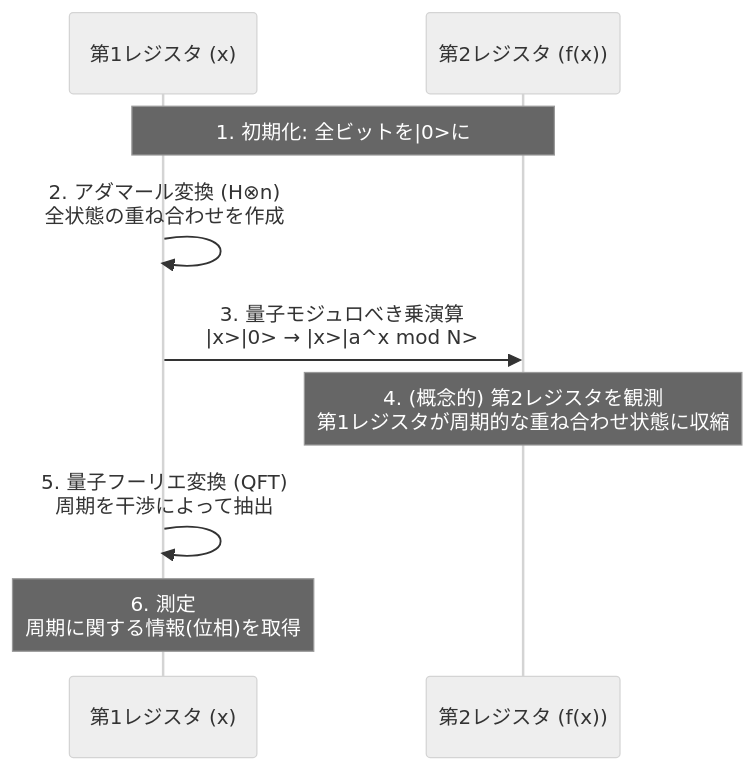
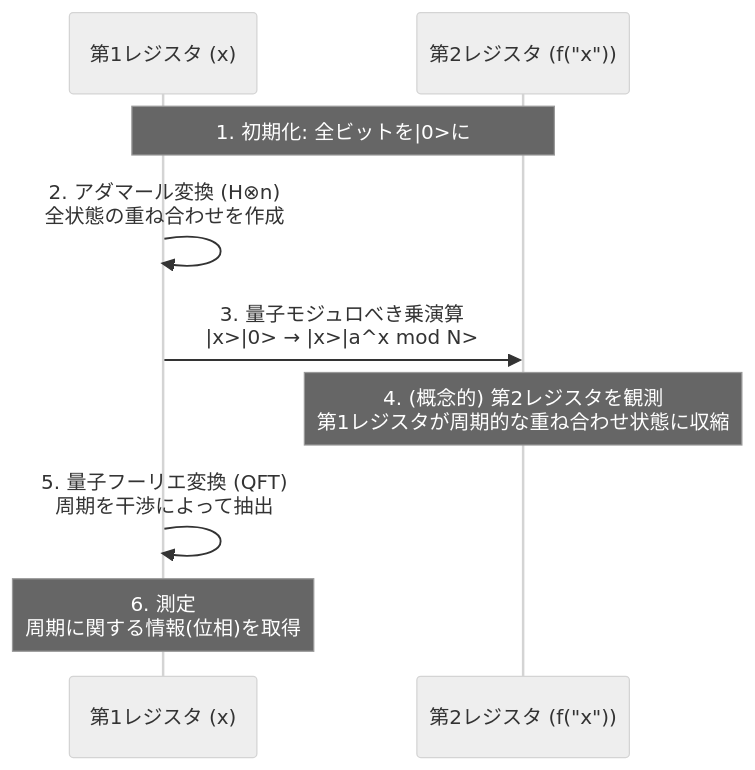
Before and after one commit to kenjinote/blog: the second of 2 diagrams in content/post/quantum-computing-shors-algorithm/index.md, drawn with Mermaid (neutral theme). The commit also changed other lines of this file and 929 other files, not shown here.

Commit message:
fix: Add double quotes to all Mermaid node texts to resolve syntax errors

````diff
--- a/content/post/quantum-computing-shors-algorithm/index.md
+++ b/content/post/quantum-computing-shors-algorithm/index.md
@@ -197,12 +197,12 @@
 ```mermaid
 sequenceDiagram
     participant Q_Reg1 as 第1レジスタ (x)
-    participant Q_Reg2 as 第2レジスタ (f(x))
+    participant Q_Reg2 as 第2レジスタ (f("x"))
     
     Note over Q_Reg1,Q_Reg2: 1. 初期化: 全ビットを|0>に
     Q_Reg1->>Q_Reg1: 2. アダマール変換 (H⊗n) <br/>全状態の重ね合わせを作成
     Q_Reg1->>Q_Reg2: 3. 量子モジュロべき乗演算 <br/> |x>|0> → |x>|a^x mod N>
     Note over Q_Reg2: 4. (概念的) 第2レジスタを観測<br/>第1レジスタが周期的な重ね合わせ状態に収縮
     Q_Reg1->>Q_Reg1: 5. 量子フーリエ変換 (QFT)<br/>周期を干渉によって抽出
     Note over Q_Reg1: 6. 測定<br/>周期に関する情報(位相)を取得
 ```
````
